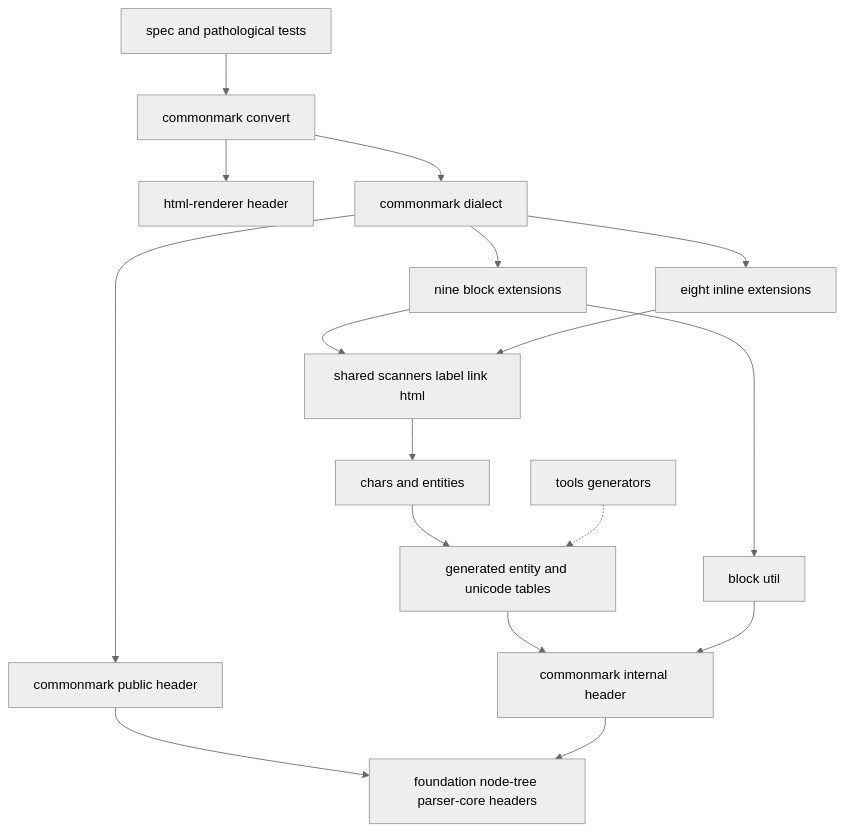
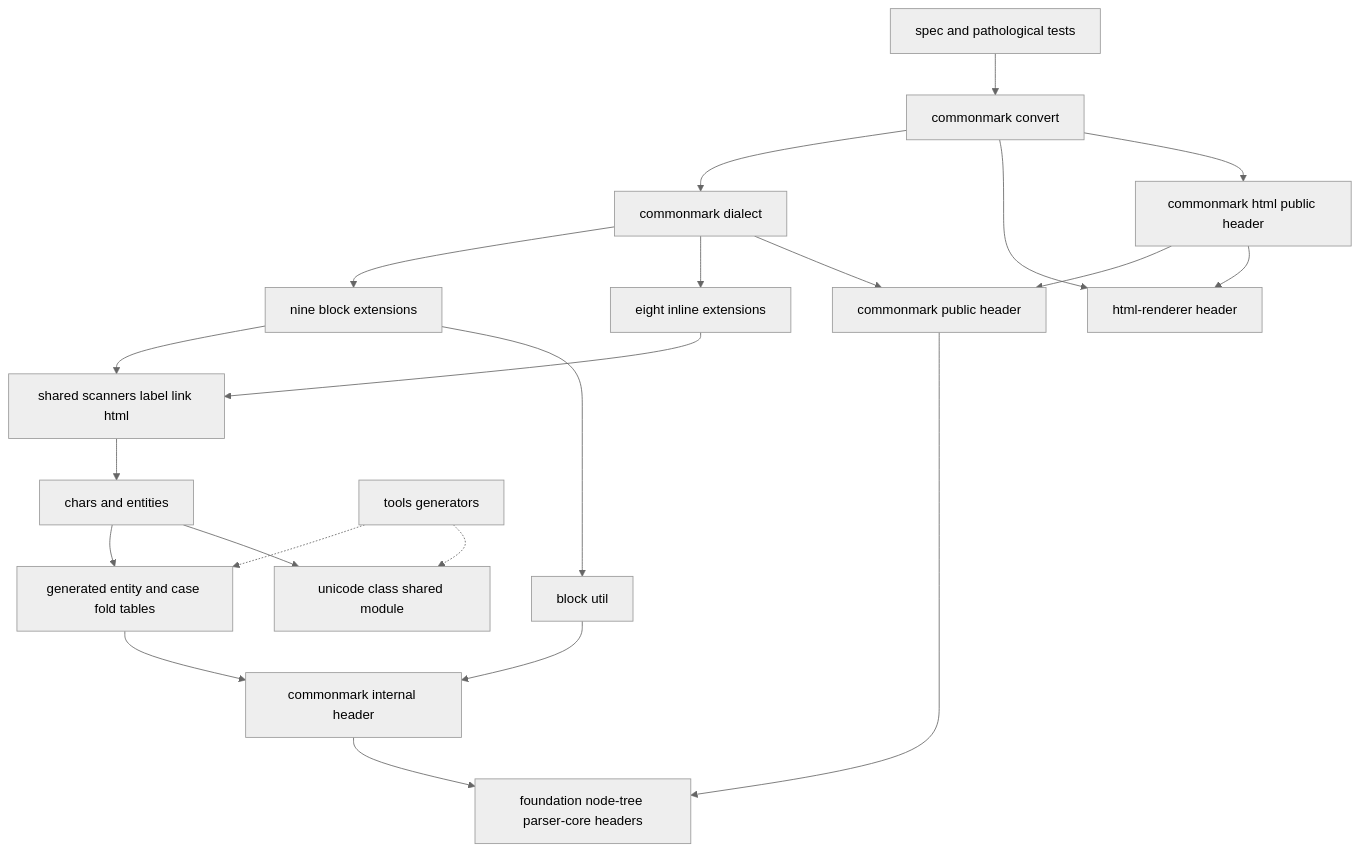
One commit to ktdevx/amark-private3 changed the first of 3 diagrams in .kiro/specs/commonmark/design.md. Above: the diagram before and after it, drawn with Mermaid (neutral theme). The commit also changed other lines of this file and 28 other files, not shown here.

````diff
--- a/.kiro/specs/commonmark/design.md
+++ b/.kiro/specs/commonmark/design.md
@@ -63,33 +69,40 @@
 ```mermaid
 graph TB
     Upstream[foundation node-tree parser-core headers]
     Html[html-renderer header]
     Public[commonmark public header]
+    PublicHtml[commonmark html public header]
+    UnicodeClass[unicode class shared module]
     Internal[commonmark internal header]
-    Data[generated entity and unicode tables]
+    Data[generated entity and case fold tables]
     Chars[chars and entities]
     Scan[shared scanners label link html]
     BlockUtil[block util]
     Blocks[nine block extensions]
     Inlines[eight inline extensions]
     Dialect[commonmark dialect]
     Convert[commonmark convert]
     Tools[tools generators]
     Tests[spec and pathological tests]
     Public --> Upstream
     Internal --> Upstream
     Data --> Internal
     Chars --> Data
+    Chars --> UnicodeClass
     Scan --> Chars
     BlockUtil --> Internal
     Blocks --> Scan
     Blocks --> BlockUtil
     Inlines --> Scan
     Dialect --> Blocks
     Dialect --> Inlines
     Dialect --> Public
     Convert --> Dialect
     Convert --> Html
+    Convert --> PublicHtml
+    PublicHtml --> Public
+    PublicHtml --> Html
     Tools -.-> Data
+    Tools -.-> UnicodeClass
     Tests --> Convert
 ```
````
